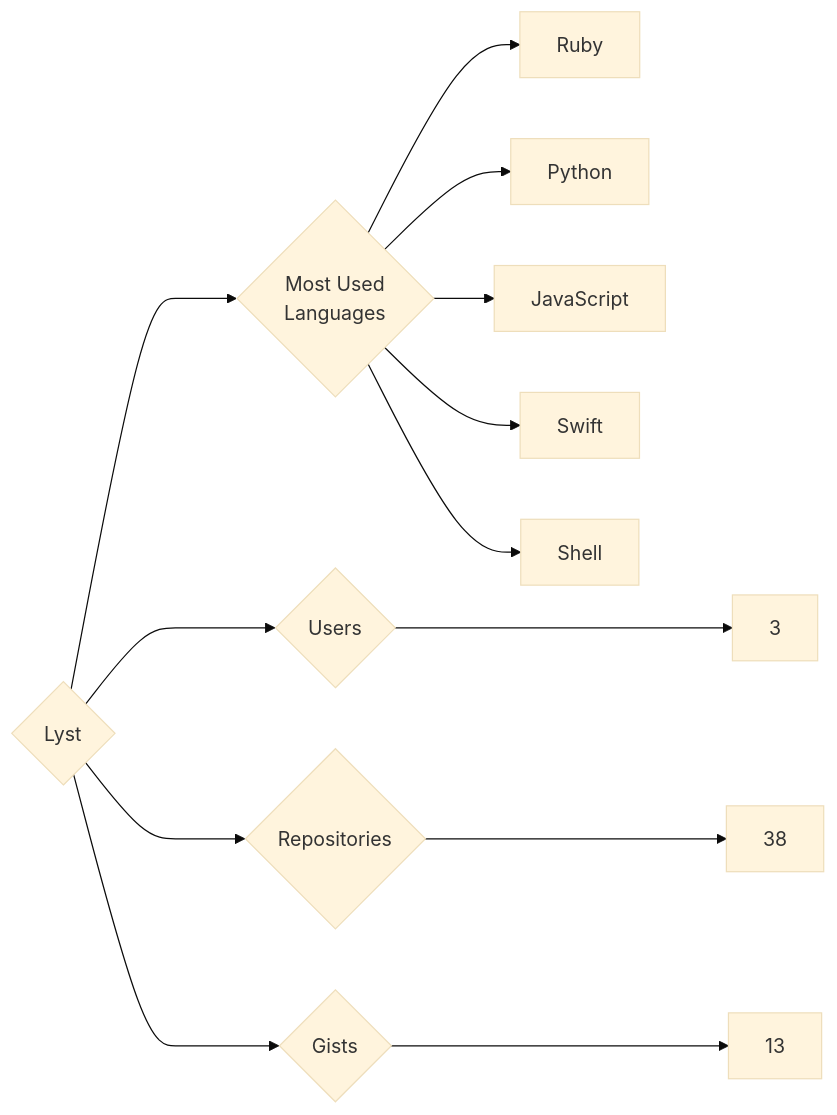
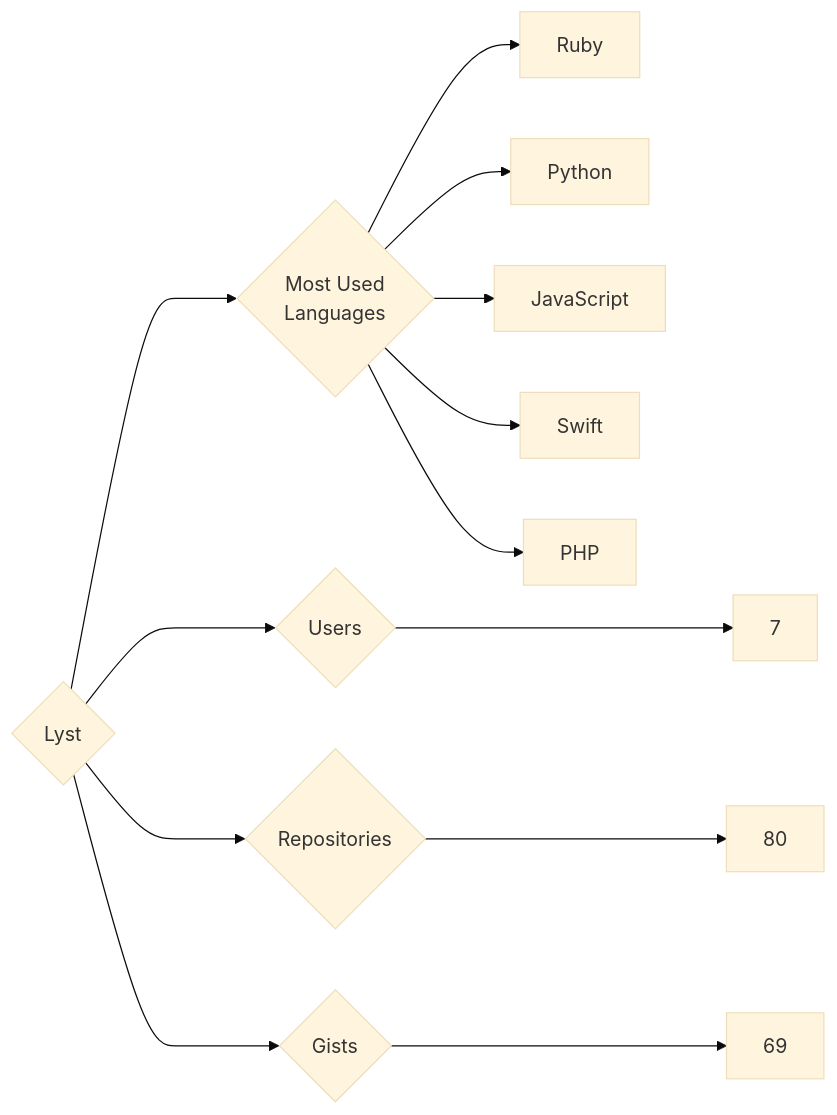
One commit to trickest/insiders changed the diagram in targets/Lyst/README.md. Above: the diagram before and after it, drawn with Mermaid (base theme). The commit also changed 872 other files, not shown here.

````diff
--- a/targets/Lyst/README.md
+++ b/targets/Lyst/README.md
@@ -3,13 +3,13 @@
 ```mermaid
 graph LR
 COMPANY_NAME{Lyst}
-COMPANY_NAME ---> U{Users} ---> UN[3]
-COMPANY_NAME ---> R{Repositories} ---> RN[38]
-COMPANY_NAME ---> G{Gists} ---> GN[13]
+COMPANY_NAME ---> U{Users} ---> UN[7]
+COMPANY_NAME ---> R{Repositories} ---> RN[80]
+COMPANY_NAME ---> G{Gists} ---> GN[69]
 COMPANY_NAME ---> ML{Most Used<br>Languages}
 ML --> Ruby[Ruby]
 ML --> Python[Python]
 ML --> JavaScript[JavaScript]
 ML --> Swift[Swift]
-ML --> Shell[Shell]
+ML --> PHP[PHP]
 ```
````
